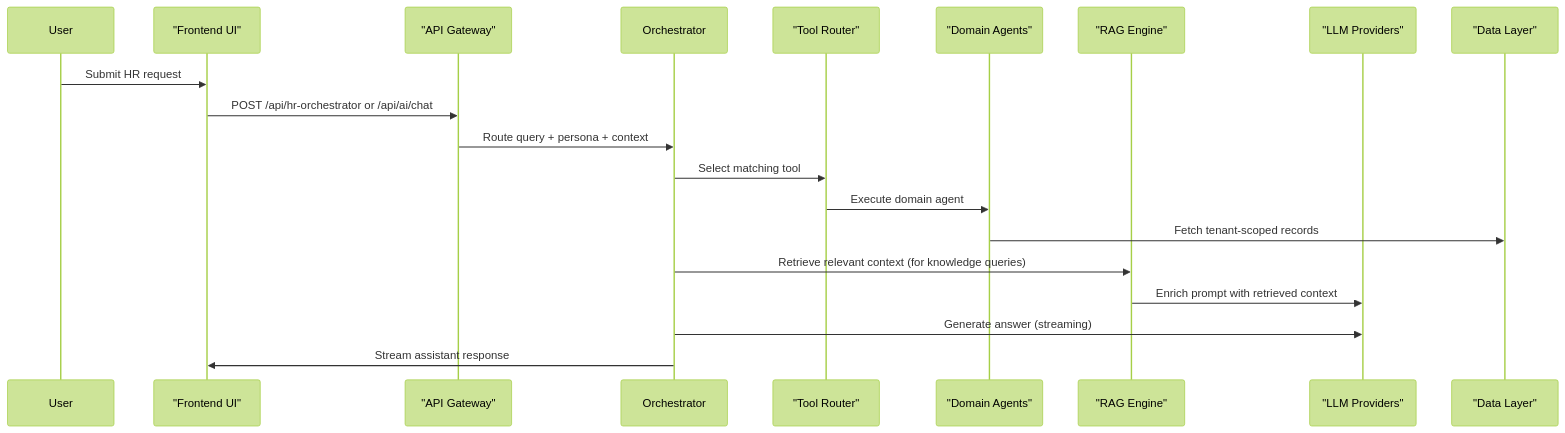
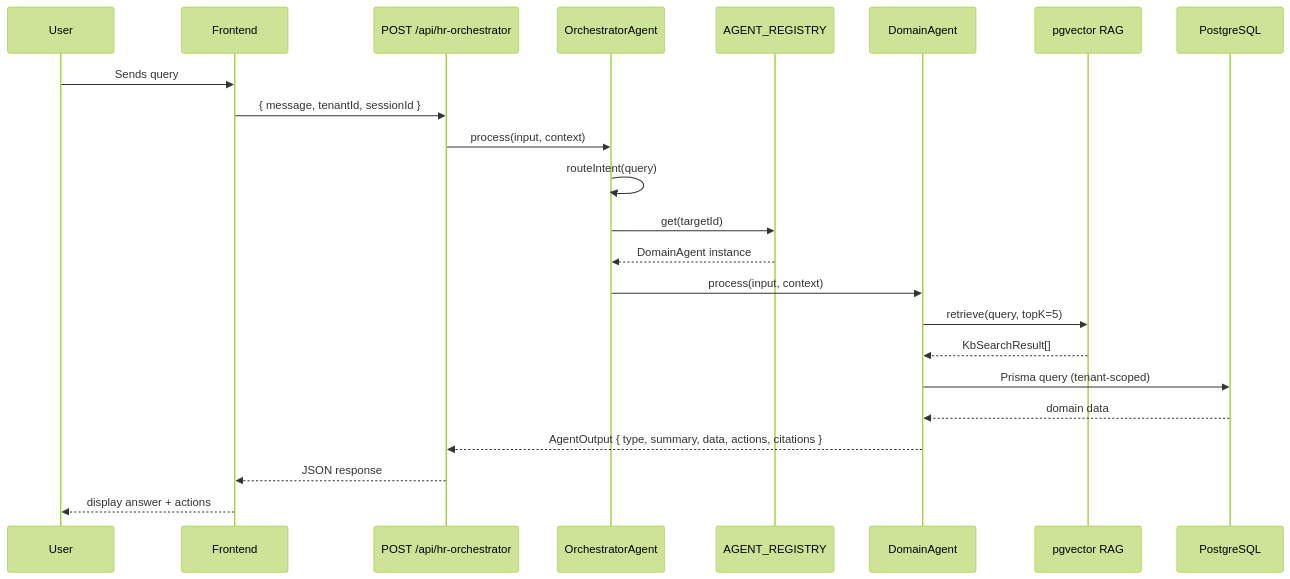
The second of 5 diagrams in README.md (kk666679/Dashboardhr), drawn with Mermaid (forest theme) before and after one commit. The commit also changed other lines of this file and 144 other files, not shown here.

````diff
--- a/README.md
+++ b/README.md
@@ -336,23 +287,26 @@
 ```mermaid
 sequenceDiagram
-  participant User as User
-  participant UI as "Frontend UI"
-  participant API as "API Gateway"
-  participant OR as Orchestrator
-  participant Tools as "Tool Router"
-  participant Agents as "Domain Agents"
-  participant RAG as "RAG Engine"
-  participant LLM as "LLM Providers"
-  participant DB as "Data Layer"
+    participant User
+    participant Frontend
+    participant OrchestratorAPI as POST /api/hr-orchestrator
+    participant OrchestratorAgent
+    participant AGENT_REGISTRY
+    participant DomainAgent
+    participant pgvector as pgvector RAG
+    participant DB as PostgreSQL
 
-  User->>UI: Submit HR request
-  UI->>API: POST /api/hr-orchestrator or /api/ai/chat
-  API->>OR: Route query + persona + context
-  OR->>Tools: Select matching tool
-  Tools->>Agents: Execute domain agent
-  Agents->>DB: Fetch tenant-scoped records
-  OR->>RAG: Retrieve relevant context (for knowledge queries)
-  RAG->>LLM: Enrich prompt with retrieved context
-  OR->>LLM: Generate answer (streaming)
-  OR->>UI: Stream assistant response
+    User->>Frontend: Sends query
+    Frontend->>OrchestratorAPI: { message, tenantId, sessionId }
+    OrchestratorAPI->>OrchestratorAgent: process(input, context)
+    OrchestratorAgent->>OrchestratorAgent: routeIntent(query)
+    OrchestratorAgent->>AGENT_REGISTRY: get(targetId)
+    AGENT_REGISTRY-->>OrchestratorAgent: DomainAgent instance
+    OrchestratorAgent->>DomainAgent: process(input, context)
+    DomainAgent->>pgvector: retrieve(query, topK=5)
+    pgvector-->>DomainAgent: KbSearchResult[]
+    DomainAgent->>DB: Prisma query (tenant-scoped)
+    DB-->>DomainAgent: domain data
+    DomainAgent-->>OrchestratorAPI: AgentOutput { type, summary, data, actions, citations }
+    OrchestratorAPI-->>Frontend: JSON response
+    Frontend-->>User: display answer + actions
 ```
````
